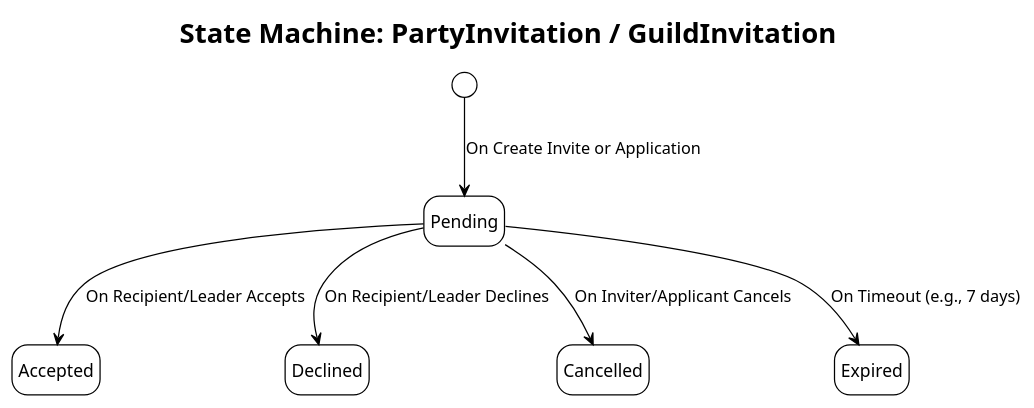
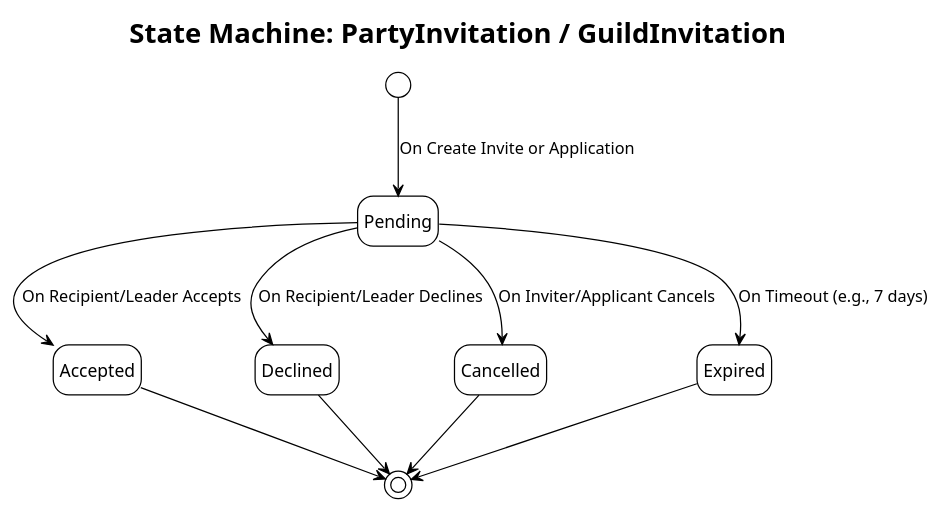
One commit to FA25SE050-RogueLearn/RogueLearn.BMAD.Documentation changed the diagram in docs/srs/diagrams/state-machines/social-services/invitation-state-machine.puml. Above: the diagram before and after it, drawn with PlantUML. The commit also changed 8 other files, not shown here.

Commit message:
update diagrams

```diff
--- a/docs/srs/diagrams/state-machines/social-services/invitation-state-machine.puml
+++ b/docs/srs/diagrams/state-machines/social-services/invitation-state-machine.puml
@@ -2,18 +2,23 @@
 @startuml
 !theme plain
 title "State Machine: PartyInvitation / GuildInvitation"
 hide empty description
 
 [*] --> Pending : On Create Invite or Application
 
 state Accepted
 state Declined
 state Cancelled
 state Expired
 
 Pending --> Accepted : On Recipient/Leader Accepts
 Pending --> Declined : On Recipient/Leader Declines
 Pending --> Cancelled : On Inviter/Applicant Cancels
 Pending --> Expired : On Timeout (e.g., 7 days)
 
+Accepted --> [*]
+Declined --> [*]
+Cancelled --> [*]
+Expired --> [*]
+
 @enduml
```
